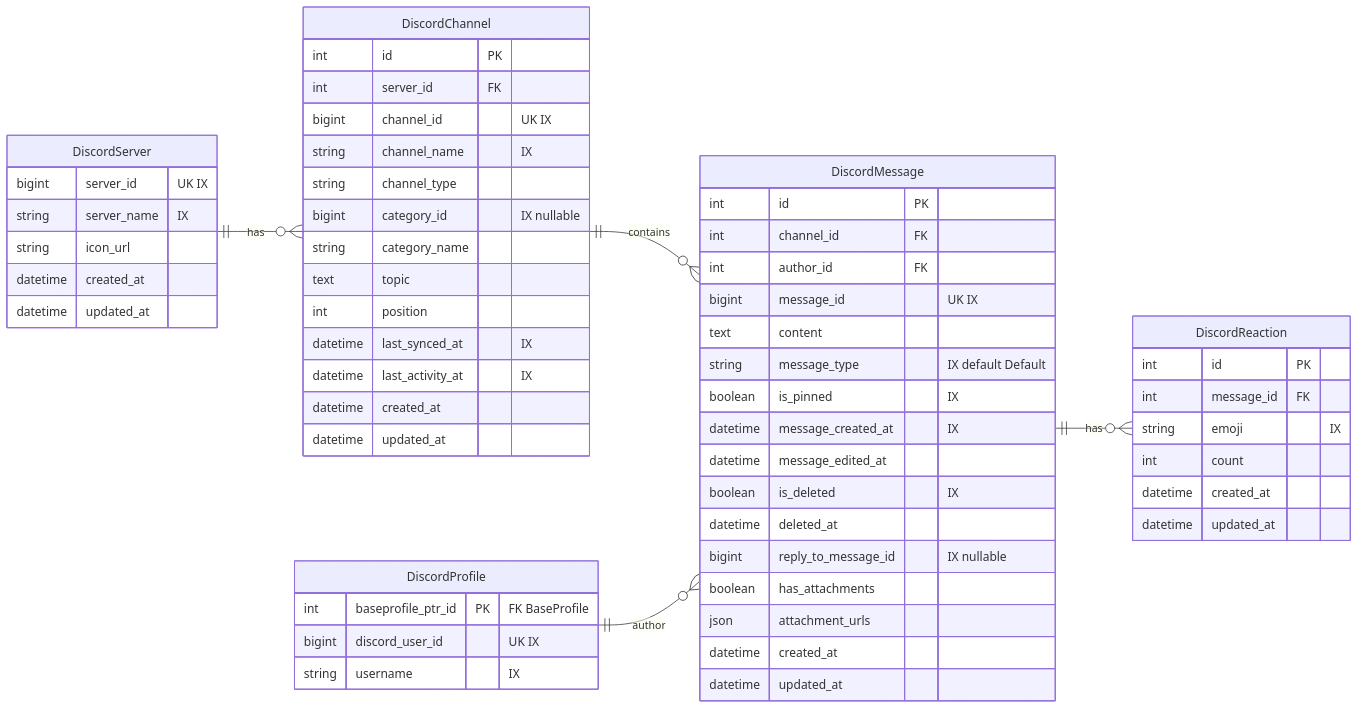
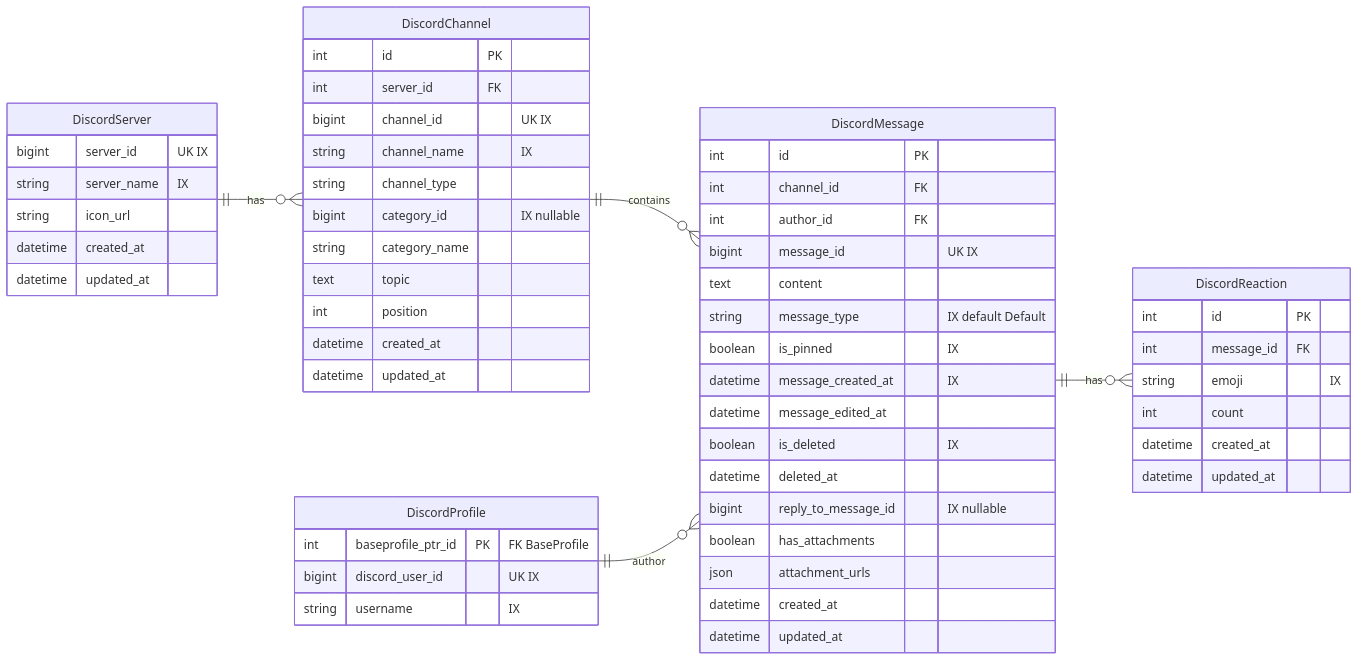
Diagram 15 of 15 in docs/Schema.md (cppalliance/boost-data-collector), drawn with Mermaid before and after one commit. The commit also changed 34 other files, not shown here.

First line of the commit message:
feat(discord): validate staging JSON with Pydantic; document schema; align exporter fields (#198)

````diff
--- a/docs/Schema.md
+++ b/docs/Schema.md
@@ -876,66 +876,64 @@
 ```mermaid
 erDiagram
     direction LR
     DiscordServer ||--o{ DiscordChannel : "has"
     DiscordChannel ||--o{ DiscordMessage : "contains"
     DiscordProfile ||--o{ DiscordMessage : "author"
     DiscordMessage ||--o{ DiscordReaction : "has"
 
     DiscordServer {
         bigint server_id "UK IX"
         string server_name "IX"
         string icon_url
         datetime created_at
         datetime updated_at
     }
 
     DiscordChannel {
         int id PK
         int server_id FK
         bigint channel_id "UK IX"
         string channel_name "IX"
         string channel_type
         bigint category_id "IX nullable"
         string category_name
         text topic
         int position
-        datetime last_synced_at "IX"
-        datetime last_activity_at "IX"
         datetime created_at
         datetime updated_at
     }
 
     DiscordMessage {
         int id PK
         int channel_id FK
         int author_id FK
         bigint message_id "UK IX"
         text content
         string message_type "IX default Default"
         boolean is_pinned "IX"
         datetime message_created_at "IX"
         datetime message_edited_at
         boolean is_deleted "IX"
         datetime deleted_at
         bigint reply_to_message_id "IX nullable"
         boolean has_attachments
         json attachment_urls
         datetime created_at
         datetime updated_at
     }
 
     DiscordReaction {
         int id PK
         int message_id FK
         string emoji "IX"
         int count
         datetime created_at
         datetime updated_at
     }
 
     DiscordProfile {
         int baseprofile_ptr_id PK "FK BaseProfile"
         bigint discord_user_id "UK IX"
         string username "IX"
     }
 ```
````
